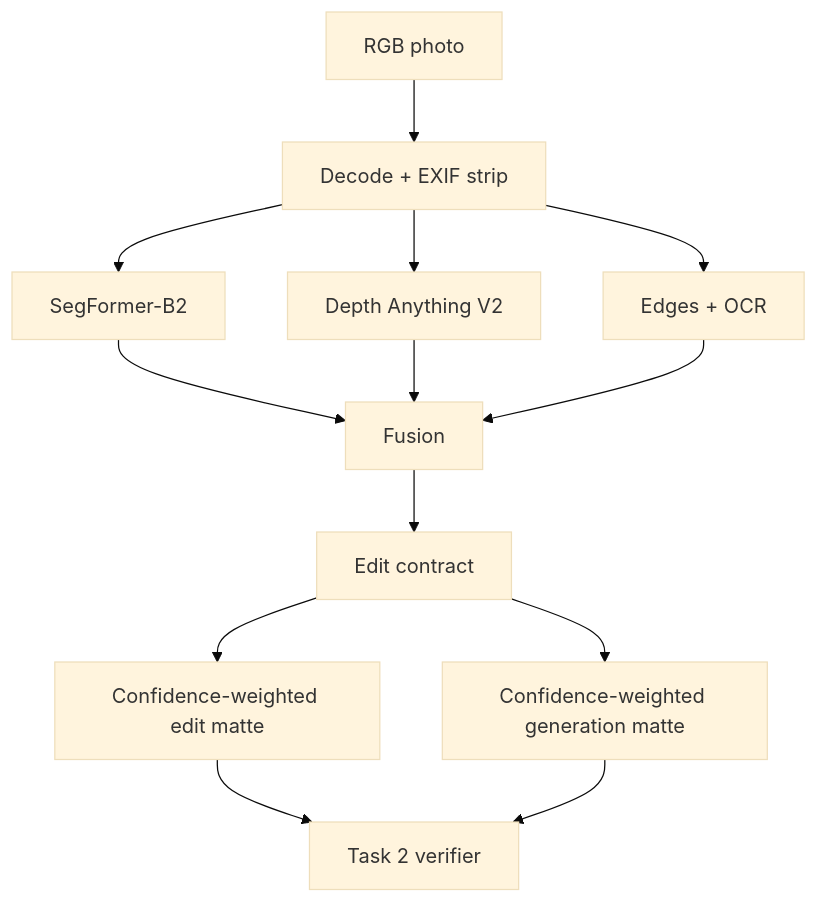
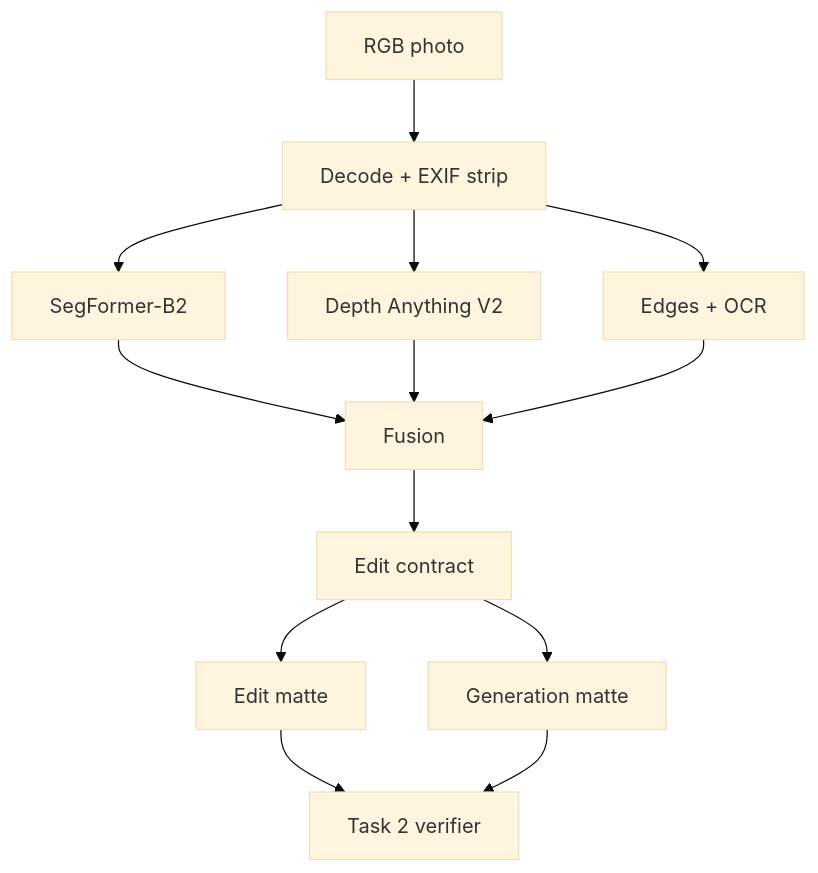
The diagram in docs/TASK1_PERCEPTION.md (mustafametesengul/generative-editing), drawn with Mermaid (base theme) before and after one commit. The commit also changed other lines of this file and 15 other files, not shown here.

````diff
--- a/docs/TASK1_PERCEPTION.md
+++ b/docs/TASK1_PERCEPTION.md
@@ -5,15 +5,15 @@
 ```mermaid
 flowchart TD
     A[RGB photo] --> B[Decode + EXIF strip]
     B --> C[SegFormer-B2]
     B --> D[Depth Anything V2]
     B --> E[Edges + OCR]
     C --> F[Fusion]
     D --> F
     E --> F
     F --> G[Edit contract]
-    G --> H[Confidence-weighted edit matte]
-    G --> I[Confidence-weighted generation matte]
+    G --> H[Edit matte]
+    G --> I[Generation matte]
     H --> J[Task 2 verifier]
     I --> J
 ```
````
